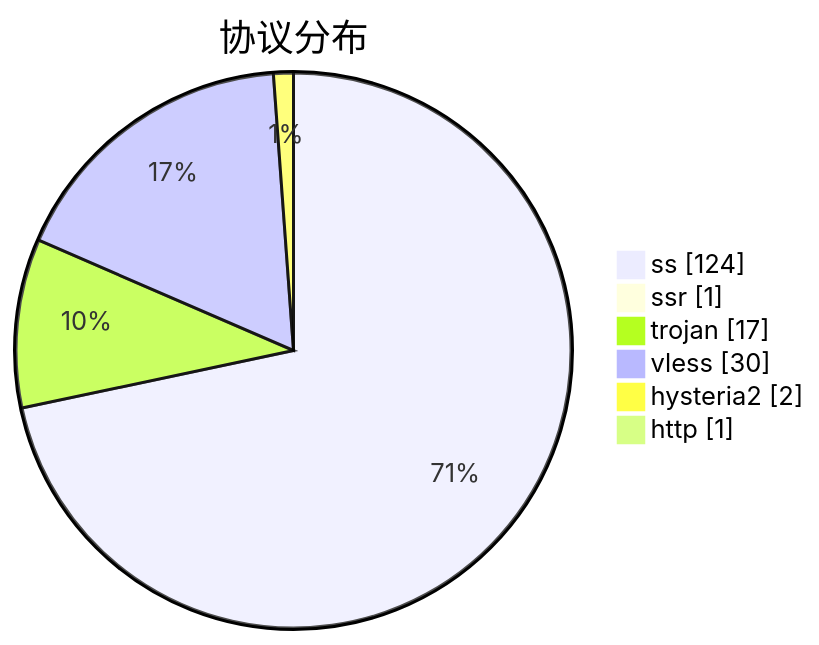
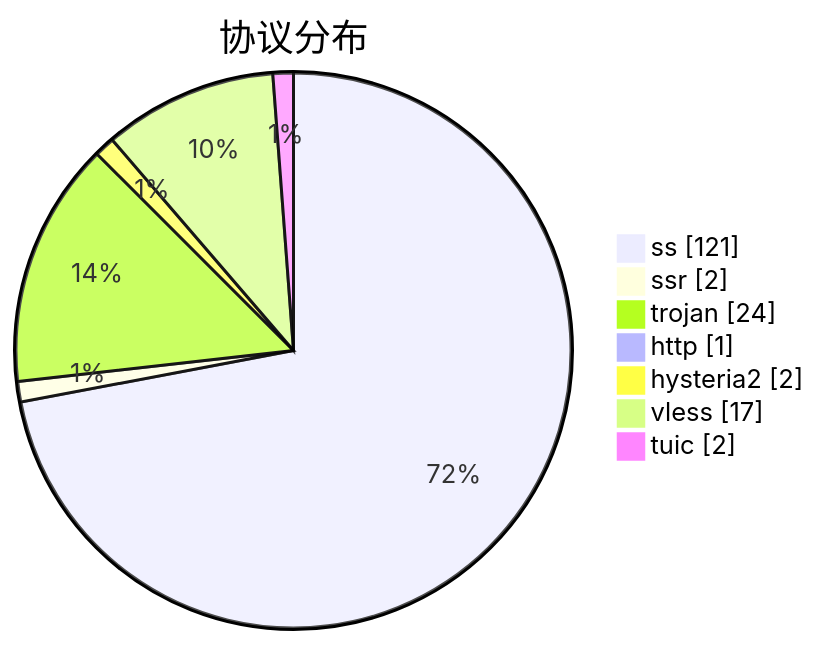
Before and after one commit to qjlxg/airport: the third of 3 diagrams in subs/statistics/tested_within.md, drawn with Mermaid. The commit also changed other lines of this file and 2 other files, not shown here.

````diff
--- a/subs/statistics/tested_within.md
+++ b/subs/statistics/tested_within.md
@@ -34,10 +34,11 @@
 ```mermaid
 pie showData
 title 协议分布
-"ss" : 124
-"ssr" : 1
-"trojan" : 17
-"vless" : 30
+"ss" : 121
+"ssr" : 2
+"trojan" : 24
+"http" : 1
 "hysteria2" : 2
-"http" : 1
+"vless" : 17
+"tuic" : 2
 ```
````
